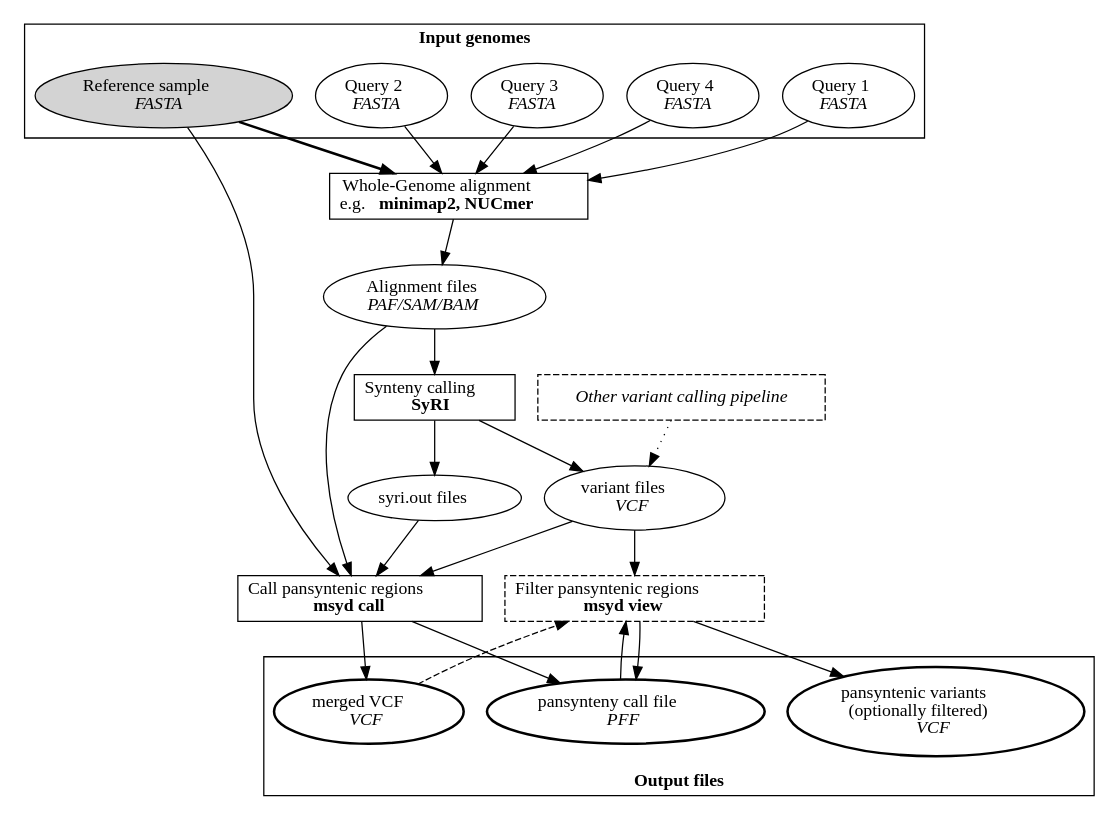
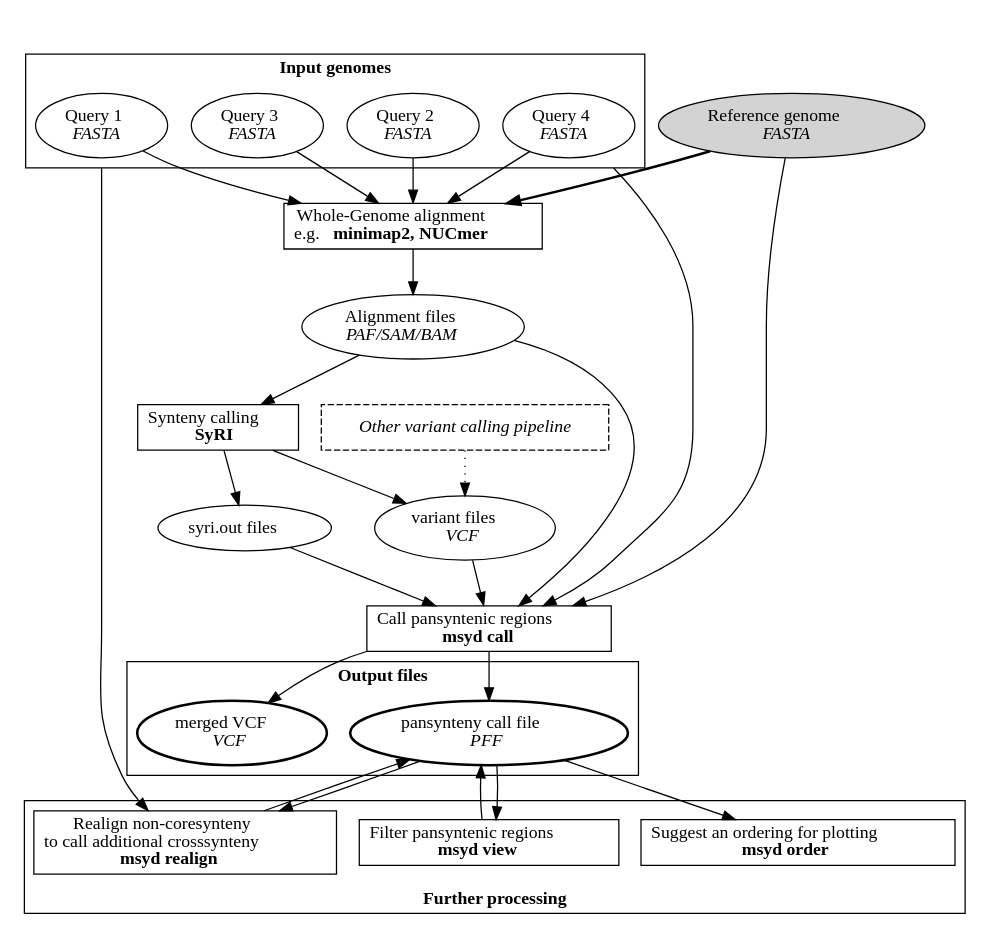
One commit to schneebergerlab/msyd changed the diagram in workflow.dot. Above: the diagram before and after it, drawn with Graphviz. The commit also changed 1 other file, not shown here.

```diff
--- a/workflow.dot
+++ b/workflow.dot
@@ -1,65 +1,81 @@
 digraph example{
+	graph[compound=true, fontname="Noto Sans"];
 	//rankdir = LR
 	// input files
 	subgraph cluster1{
 			label="Input genomes";
 			fontname="Times-Bold";
-			ref[label=<Reference sample<br/><i>FASTA</i>>, style=filled];
-			Q2[label=<Query 2<br/><i>FASTA</i>>];
 			Q1[label=<Query 1<br/><i>FASTA</i>>];
 			Q4[label=<Query 4<br/><i>FASTA</i>>];
 			Q3[label=<Query 3<br/><i>FASTA</i>>];
+			Q2[label=<Query 2<br/><i>FASTA</i>>];
+			{rank=same; Q1 -> Q2 -> Q3 -> Q4 [style=invis]};
 	}
+	ref[label=<Reference genome<br/><i>FASTA</i>>, style=filled];
 
 	{
 		// intermediate files
 		//node[style=dashed];
 		syriout[label=<syri.out files>];
 		vcfs[label=<variant files<br/><i>VCF</i>>];
 		alns[label=<Alignment files<br/><i>PAF/SAM/BAM</i>>];
 	}
 
 	{
 		// software tools
 		node[shape=box];
 		aligner [label=<Whole-Genome alignment<br/>e.g. <b>minimap2, NUCmer</b>>]
 		SyRI [label=<Synteny calling<br/><b>SyRI</b>>];
 		call [label=<Call pansyntenic regions<br/><b>msyd call</b>>];
 		callers [label="Other variant calling pipeline", fontname="Times-Italic", style=dashed];
-		view [label=<Filter pansyntenic regions<br/><b>msyd view</b>>, style=dashed];
 	}
 
 	subgraph cluster2{
 		// output files
 		label="Output files";
 		fontname="Times-Bold";
-		labelloc=b;
+		labelloc=t;
 		node[style=bold];
 		vcf [label=<merged VCF<br/><i>VCF</i>>];
 		pff [label=<pansynteny call file<br/><i>PFF</i>>];
-		filtered [label=<pansyntenic variants<br/>(optionally filtered)<br/><i>VCF</i>>];
+		//filtered [label=<pansyntenic variants<br/>(optionally filtered)<br/><i>VCF</i>>];
 	}
 
 	Q1 -> aligner;
 	Q2 -> aligner;
 	Q3 -> aligner;
 	Q4 -> aligner;
 	ref -> aligner[style=bold];
 
 	aligner -> alns -> SyRI -> syriout;
 	SyRI -> vcfs
 	callers -> vcfs [style=dotted];
 
 	ref -> call -> pff;
 	vcfs -> call -> vcf;
 	syriout -> call;
 	alns -> call;
+	Q4 -> call [ltail=cluster1];
+
+
+	subgraph cluster3{
+		label="Further processing";
+		fontname="Times-Bold";
+		labelloc=b;
+		node[shape=box];
+		view [label=<Filter pansyntenic regions<br/><b>msyd view</b>>];
+		order [label=<Suggest an ordering for plotting<br/><b>msyd order</b>>];
+		realign [label=<Realign non-coresynteny<br/> to call additional crosssynteny<br/><b>msyd realign</b>>];
+
+		node[shape=round]
+	}
 
 	pff -> view -> pff;
-	vcf -> view [style=dashed];
-	vcfs -> view -> filtered;
+	pff -> order;
+	pff -> realign -> pff;
+	Q1 -> realign [ltail=cluster1];
 
 
 
 
 }
```
